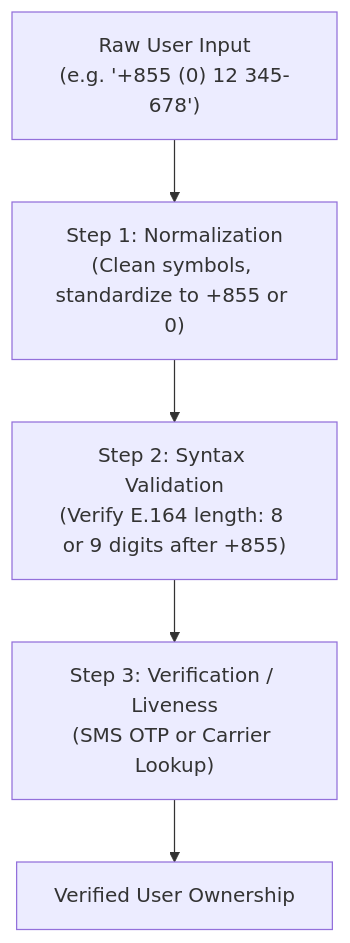
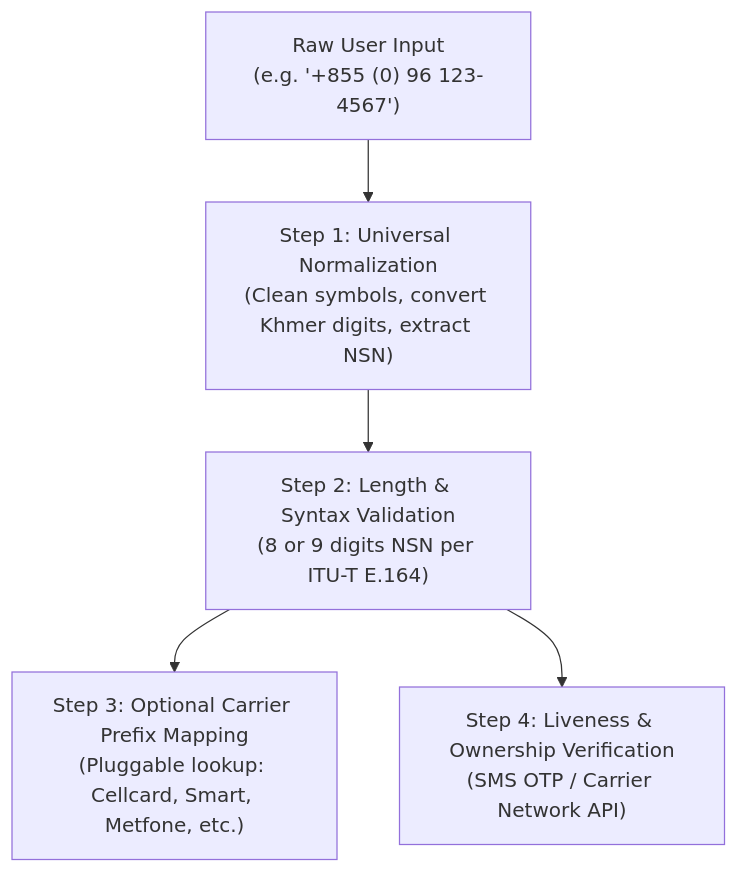
The diagram in references/cambodia-formatting.md (Chhunsour/khmer-localization), drawn with Mermaid before and after one commit. The commit also changed other lines of this file and 10 other files, not shown here.

````diff
--- a/references/cambodia-formatting.md
+++ b/references/cambodia-formatting.md
@@ -42,7 +20,7 @@
 ```mermaid
 flowchart TD
-    Raw["Raw User Input<br>(e.g. '+855 (0) 12 345-678')"] --> Step1["Step 1: Normalization<br>(Clean symbols, standardize to +855 or 0)"]
-    Step1 --> Step2["Step 2: Syntax Validation<br>(Verify E.164 length: 8 or 9 digits after +855)"]
-    Step2 --> Step3["Step 3: Verification / Liveness<br>(SMS OTP or Carrier Lookup)"]
-    Step3 --> Verified["Verified User Ownership"]
+    Raw["Raw User Input<br>(e.g. '+855 (0) 96 123-4567')"] --> Norm["Step 1: Universal Normalization<br>(Clean symbols, convert Khmer digits, extract NSN)"]
+    Norm --> LenCheck["Step 2: Length & Syntax Validation<br>(8 or 9 digits NSN per ITU-T E.164)"]
+    LenCheck --> PrefixLookup["Step 3: Optional Carrier Prefix Mapping<br>(Pluggable lookup: Cellcard, Smart, Metfone, etc.)"]
+    LenCheck --> Liveness["Step 4: Liveness & Ownership Verification<br>(SMS OTP / Carrier Network API)"]
 ```
````
